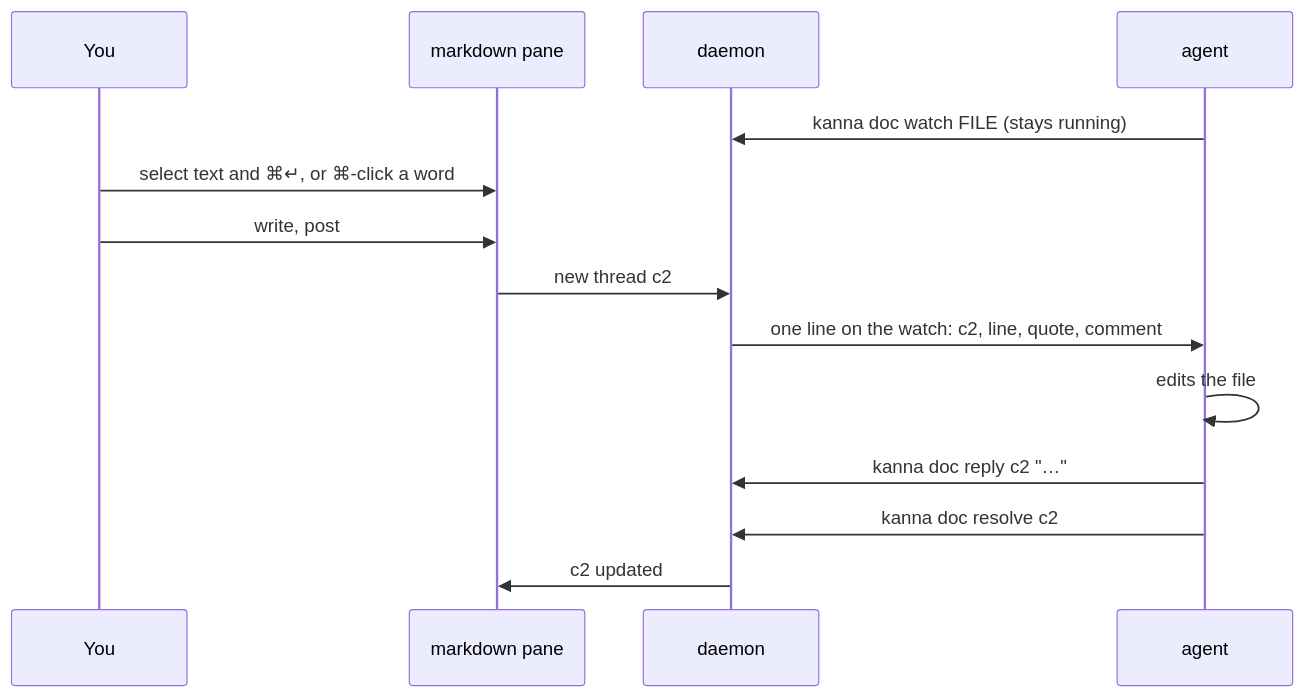
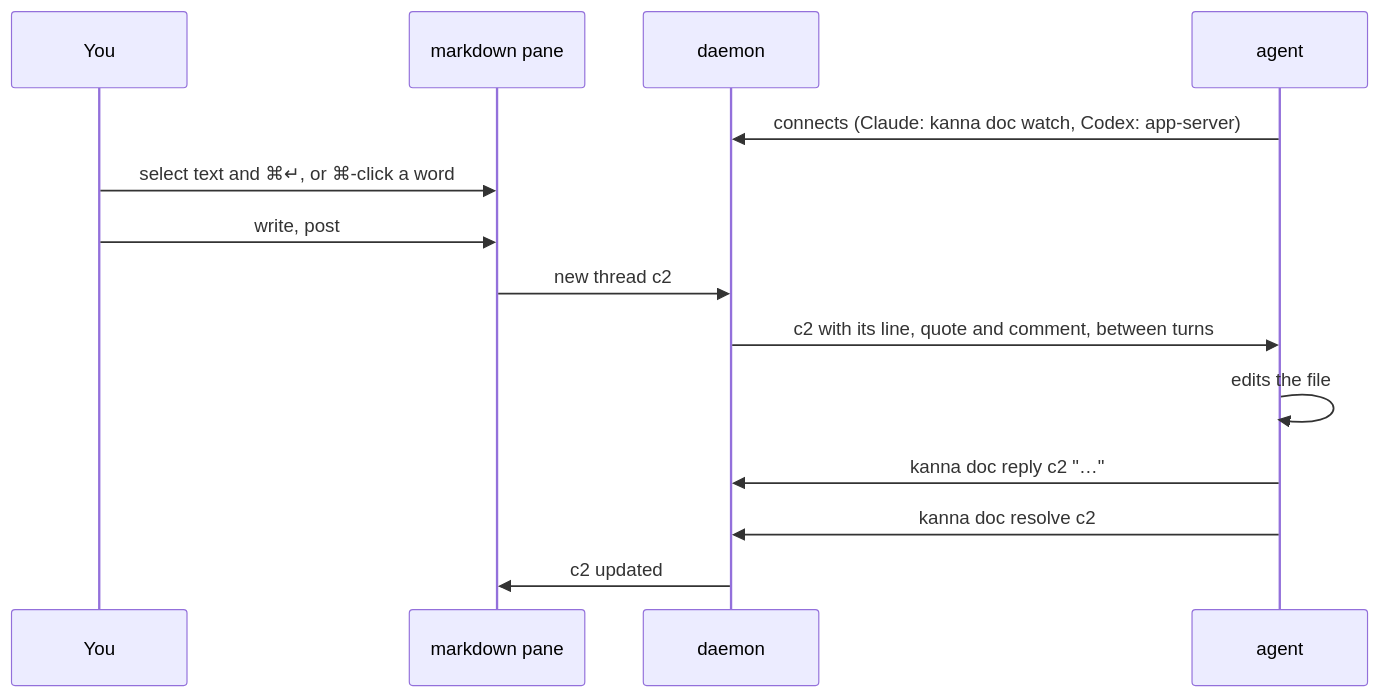
The first of 4 diagrams in docs/specs/doc-markup.md (jemdiggity/kanna-v4), drawn with Mermaid before and after one commit. The commit also changed other lines of this file and 3 other files, not shown here.

Commit message:
Doc markup: Codex gets comments as turns through its app-server; markdown pane keys move to their own spec

````diff
--- a/docs/specs/doc-markup.md
+++ b/docs/specs/doc-markup.md
@@ -22,16 +21,16 @@
 ```mermaid
 sequenceDiagram
     participant You
     participant Doc as markdown pane
     participant D as daemon
     participant A as agent
-    A->>D: kanna doc watch FILE (stays running)
+    A->>D: connects (Claude: kanna doc watch, Codex: app-server)
     You->>Doc: select text and ⌘↵, or ⌘-click a word
     You->>Doc: write, post
     Doc->>D: new thread c2
-    D->>A: one line on the watch: c2, line, quote, comment
+    D->>A: c2 with its line, quote and comment, between turns
     A->>A: edits the file
     A->>D: kanna doc reply c2 "…"
     A->>D: kanna doc resolve c2
     D->>Doc: c2 updated
 ```
````
